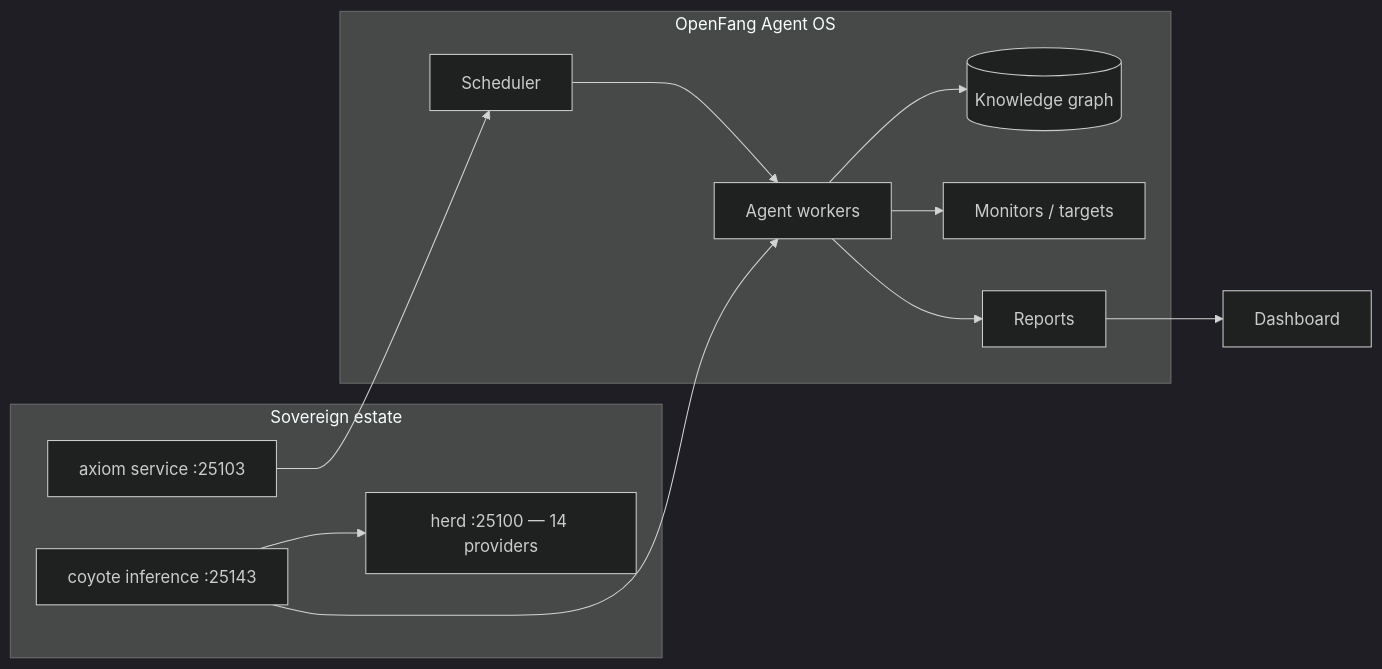
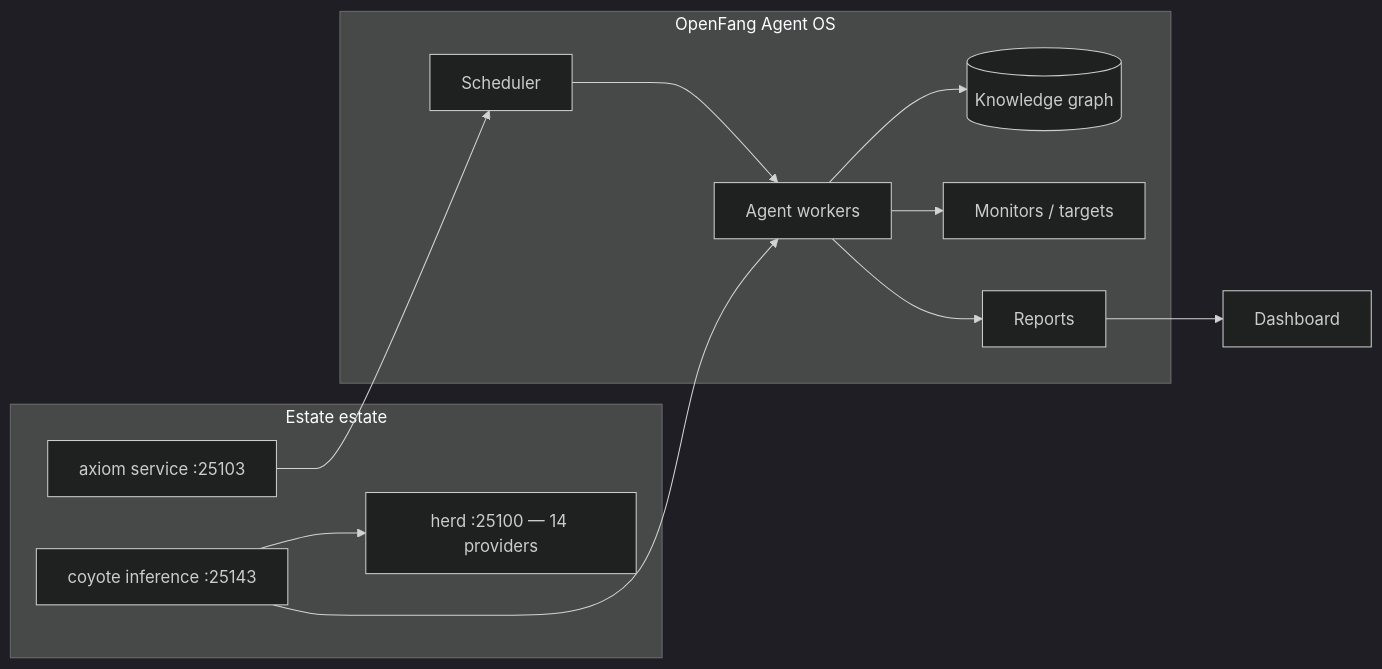
One commit to toxicwind/ranch changed the diagram in openfang/README.md. Above: the diagram before and after it, drawn with Mermaid (dark theme). The commit also changed other lines of this file and 1745 other files, not shown here.

````diff
--- a/openfang/README.md
+++ b/openfang/README.md
@@ -31,18 +31,18 @@
 ```mermaid
 flowchart LR
     subgraph openfang["OpenFang Agent OS"]
         A[Scheduler] --> W[Agent workers]
         W --> K[(Knowledge graph)]
         W --> M[Monitors / targets]
         W --> R[Reports]
     end
-    subgraph sovereign["Sovereign estate"]
+    subgraph estate["Estate estate"]
         S[axiom service :25103]
         C[coyote inference :25143]
         H[herd :25100 — 14 providers]
         C --> H
     end
     S --> A
     C --> W
     R --> D[Dashboard]
 ```
````
